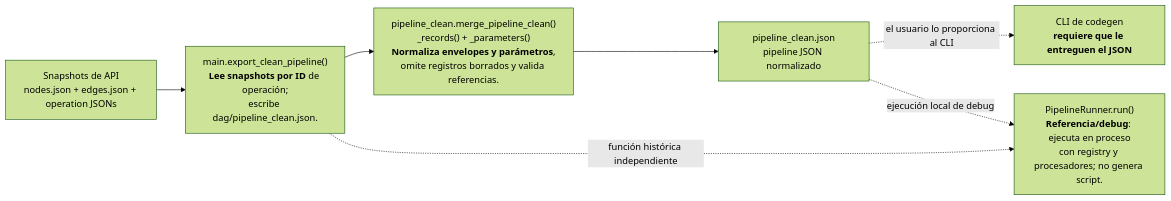
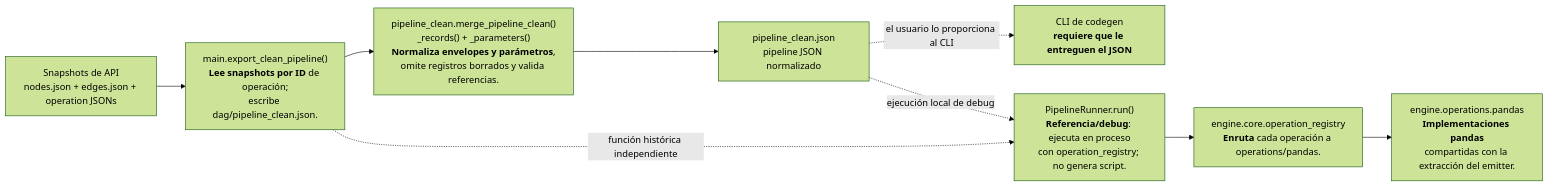
One commit to FabiusC/mini-engine changed the second of 2 diagrams in docs/CODEGEN_COMPONENTS.md. Above: the diagram before and after it, drawn with Mermaid (forest theme). The commit also changed other lines of this file and 45 other files, not shown here.

Commit message:
Make congruent the operations between Polars and Pandas

````diff
--- a/docs/CODEGEN_COMPONENTS.md
+++ b/docs/CODEGEN_COMPONENTS.md
@@ -112,15 +112,18 @@
 ```mermaid
 flowchart LR
     SNAPSHOTS["Snapshots de API<br/>nodes.json + edges.json + operation JSONs"]
     EXPORT["main.export_clean_pipeline()<br/><b>Lee snapshots por ID</b> de operación;<br/>escribe dag/pipeline_clean.json."]
     MERGE["pipeline_clean.merge_pipeline_clean()<br/>_records() + _parameters()<br/><b>Normaliza envelopes y parámetros</b>,<br/>omite registros borrados y valida referencias."]
     CLEAN["pipeline_clean.json<br/>pipeline JSON normalizado"]
     CLI["CLI de codegen<br/><b>requiere que le entreguen el JSON</b>"]
-    RUNNER["PipelineRunner.run()<br/><b>Referencia/debug</b>: ejecuta en proceso<br/>con registry y procesadores; no genera script."]
+    RUNNER["PipelineRunner.run()<br/><b>Referencia/debug</b>: ejecuta en proceso<br/>con operation_registry; no genera script."]
+    REGISTRY["engine.core.operation_registry<br/><b>Enruta</b> cada operación a operations/pandas."]
+    PANDAS_OPS["engine.operations.pandas<br/><b>Implementaciones pandas</b><br/>compartidas con la extracción del emitter."]
 
     SNAPSHOTS --> EXPORT
     EXPORT --> MERGE --> CLEAN
     CLEAN -.->|"el usuario lo proporciona al CLI"| CLI
     CLEAN -.->|"ejecución local de debug"| RUNNER
     EXPORT -.->|"función histórica independiente"| RUNNER
+    RUNNER --> REGISTRY --> PANDAS_OPS
 ```
````
